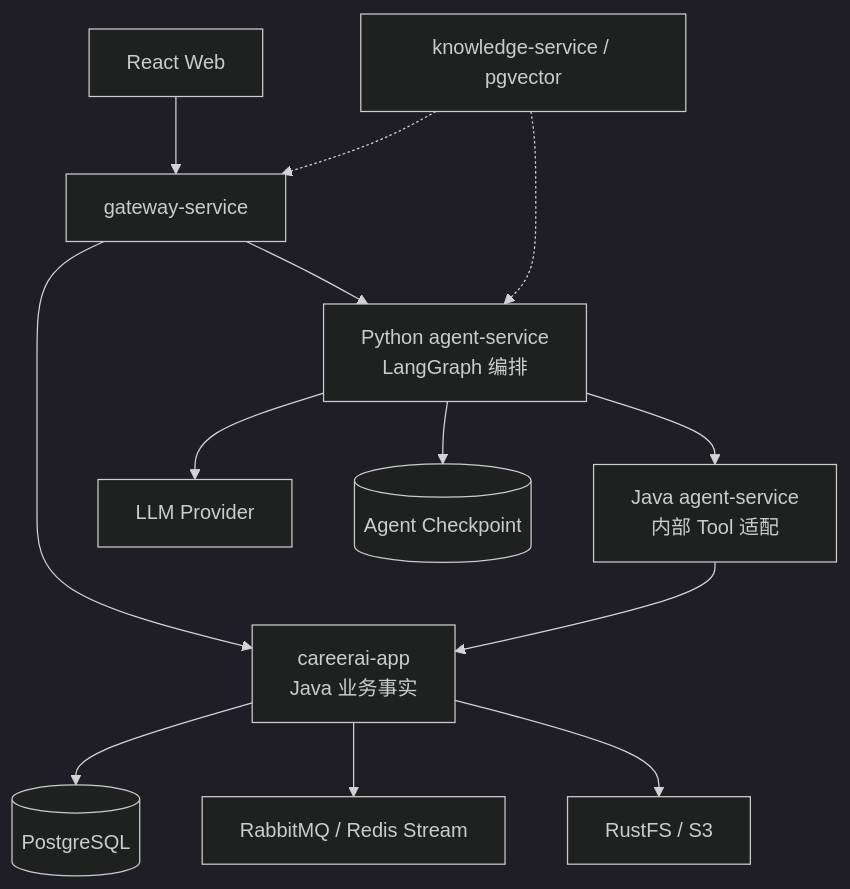
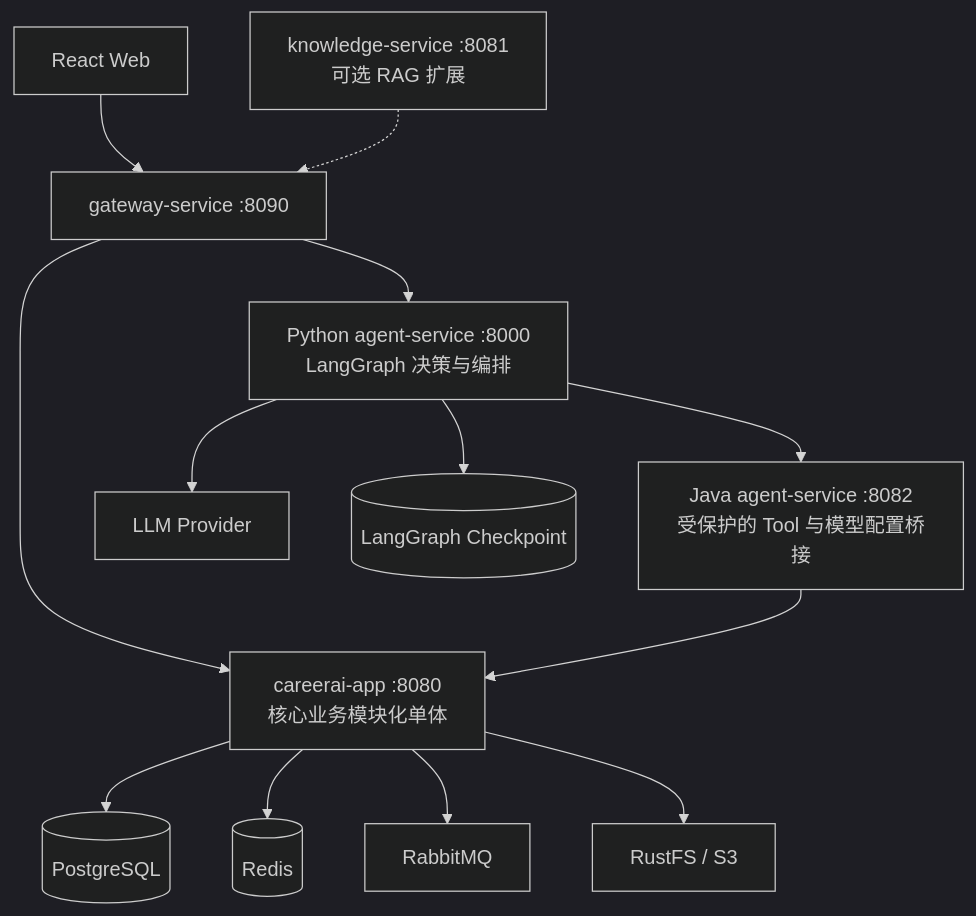
Before and after one commit to w0nderful-yzh/CareerAI: the second of 3 diagrams in README.md, drawn with Mermaid (dark theme). The commit also changed other lines of this file, not shown here.

Commit message:
Revise README to reflect the agent-driven CareerAI architecture

````diff
--- a/README.md
+++ b/README.md
@@ -167,16 +106,19 @@
 ```mermaid
 flowchart TB
-    WEB["React Web"] --> GW["gateway-service"]
-    GW --> APP["careerai-app<br/>Java 业务事实"]
-    GW --> PY["Python agent-service<br/>LangGraph 编排"]
-    PY --> JAGENT["Java agent-service<br/>内部 Tool 适配"]
-    JAGENT --> APP
+    WEB["React Web"] --> GW["gateway-service :8090"]
+
+    GW --> APP["careerai-app :8080<br/>核心业务模块化单体"]
+    GW --> PY["Python agent-service :8000<br/>LangGraph 决策与编排"]
+
+    PY --> BRIDGE["Java agent-service :8082<br/>受保护的 Tool 与模型配置桥接"]
+    BRIDGE --> APP
     PY --> LLM["LLM Provider"]
-    PY --> CP[("Agent Checkpoint")]
+    PY --> CHECKPOINT[("LangGraph Checkpoint")]
+
     APP --> PG[("PostgreSQL")]
-    APP --> MQ["RabbitMQ / Redis Stream"]
+    APP --> REDIS[("Redis")]
+    APP --> MQ["RabbitMQ"]
     APP --> OSS["RustFS / S3"]
 
-    OPTIONAL["knowledge-service / pgvector"] -.-> GW
-    OPTIONAL -.-> PY
+    KB["knowledge-service :8081<br/>可选 RAG 扩展"] -.-> GW
 ```
````
